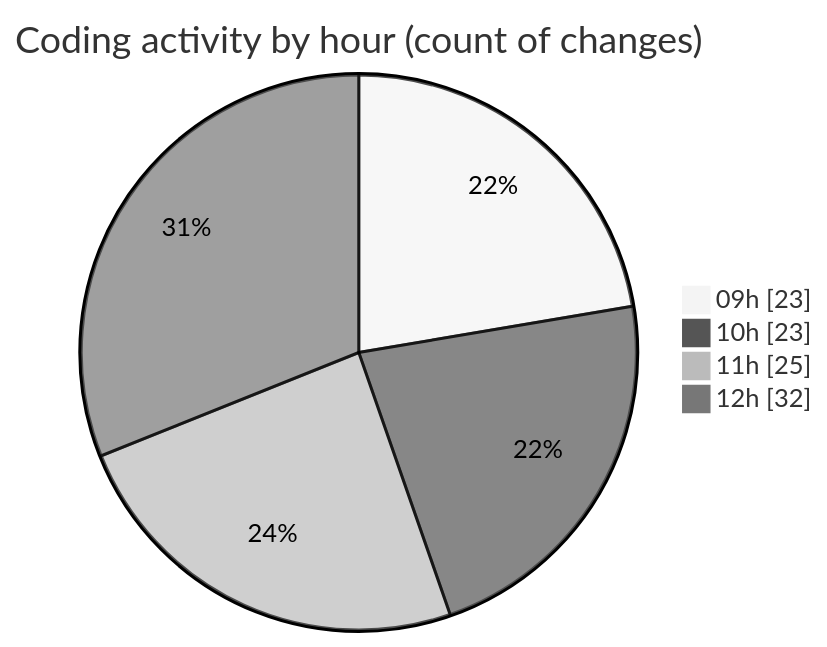
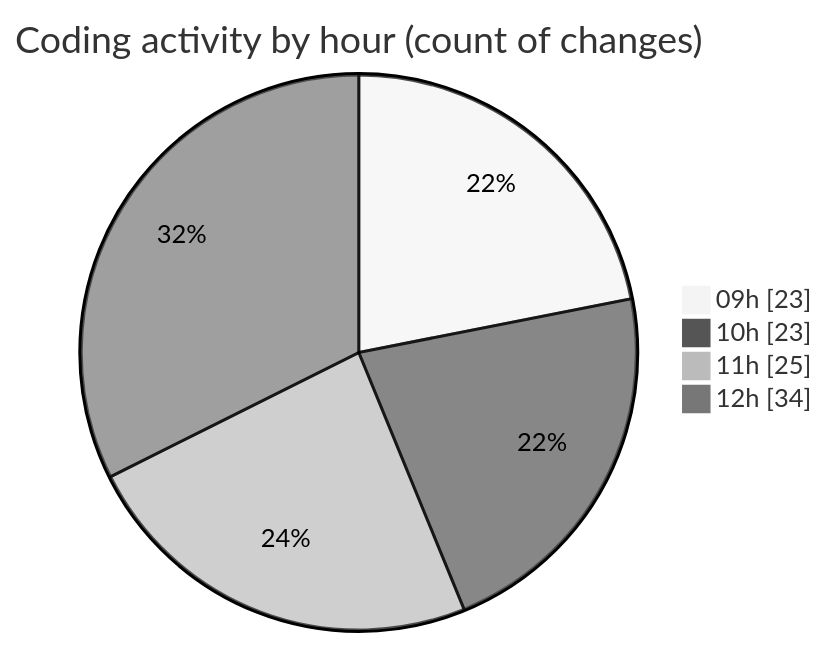
One commit to momahboobian/code-tracking changed the second of 2 diagrams in 2025-10-23/cda/README.md. Above: the diagram before and after it, drawn with Mermaid (neutral theme). The commit also changed other lines of this file and 1 other file, not shown here.

````diff
--- a/2025-10-23/cda/README.md
+++ b/2025-10-23/cda/README.md
@@ -32,8 +32,8 @@
 ```mermaid
 pie showData
 title Coding activity by hour (count of changes)
 "09h" : 23
 "10h" : 23
 "11h" : 25
-"12h" : 32
+"12h" : 34
 ```
````
